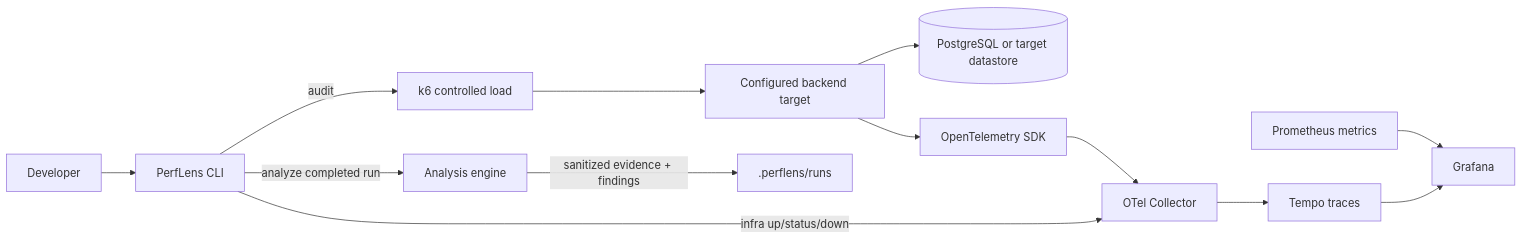
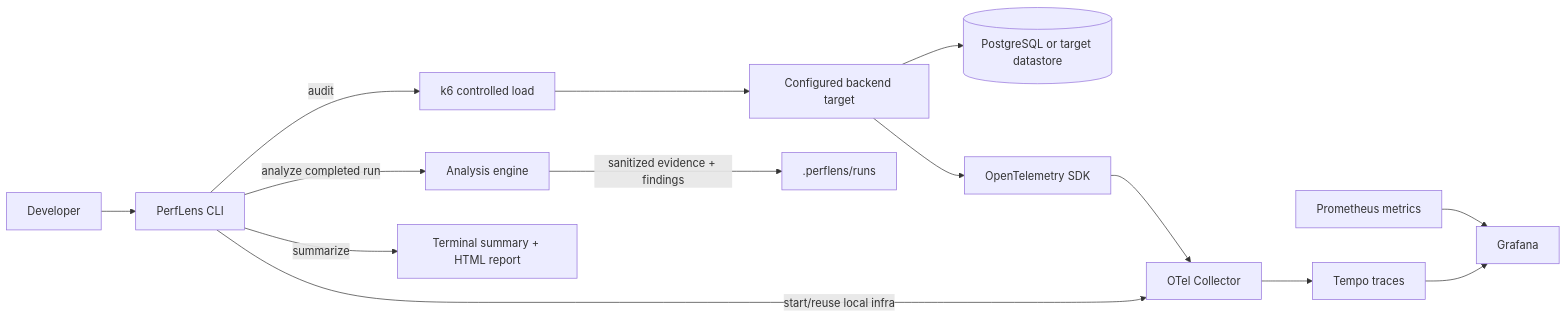
One commit to rahad123/perflens changed the diagram in README.md. Above: the diagram before and after it, drawn with Mermaid. The commit also changed other lines of this file and 31 other files, not shown here.

First line of the commit message:
Add tests for orchestrator, enhance reporting with latency charts, and integrate Express instrumentation

````diff
--- a/README.md
+++ b/README.md
@@ -36,15 +36,16 @@
 ```mermaid
 flowchart LR
   Dev[Developer] --> CLI[PerfLens CLI]
   CLI -->|audit| K6[k6 controlled load]
   K6 --> Target[Configured backend target]
   Target --> DB[(PostgreSQL or target datastore)]
   Target --> OTel[OpenTelemetry SDK]
   OTel --> Collector[OTel Collector]
   Collector --> Tempo[Tempo traces]
   Prom[Prometheus metrics] --> Grafana[Grafana]
   Tempo --> Grafana
   CLI -->|analyze completed run| Engine[Analysis engine]
   Engine -->|sanitized evidence + findings| Run[.perflens/runs]
-  CLI -->|infra up/status/down| Collector
+  CLI -->|start/reuse local infra| Collector
+  CLI -->|summarize| Report[Terminal summary + HTML report]
 ```
````
